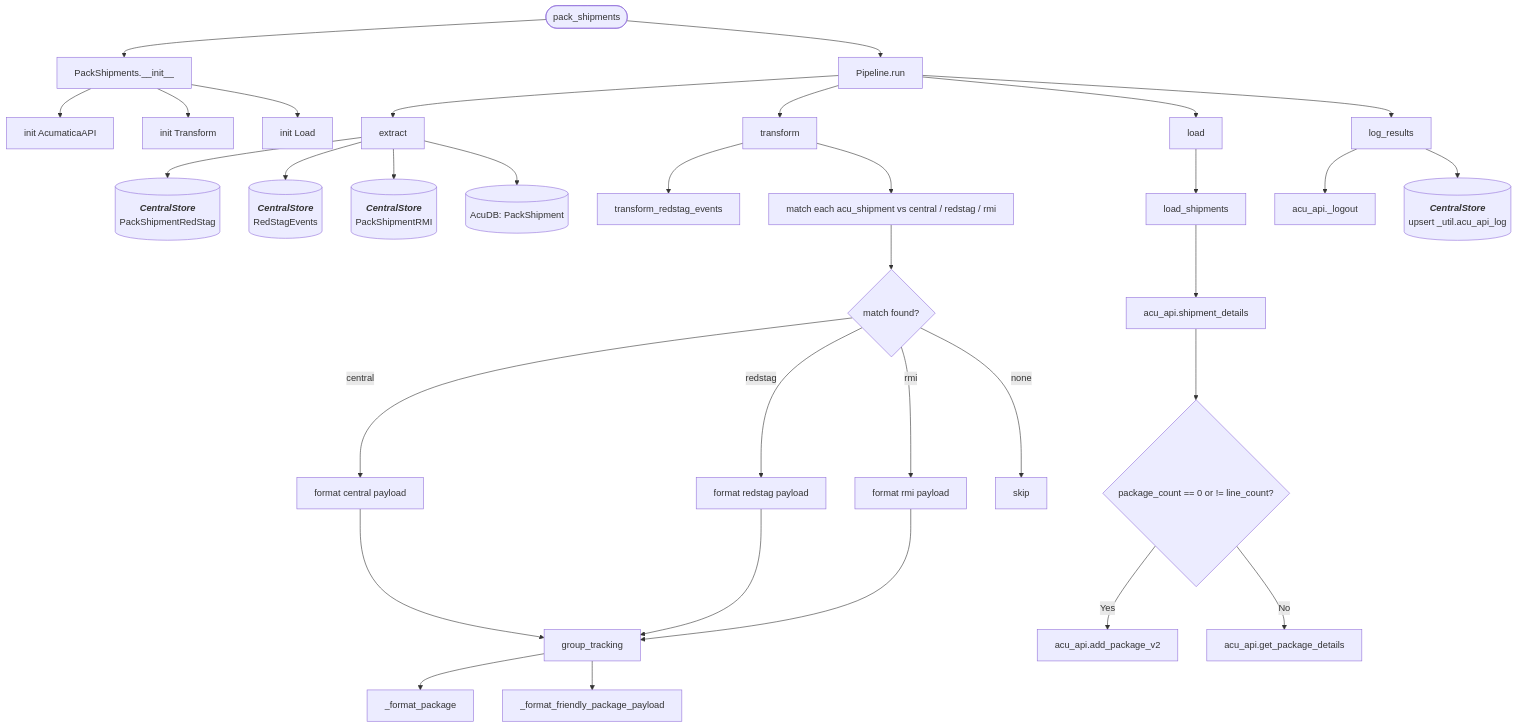
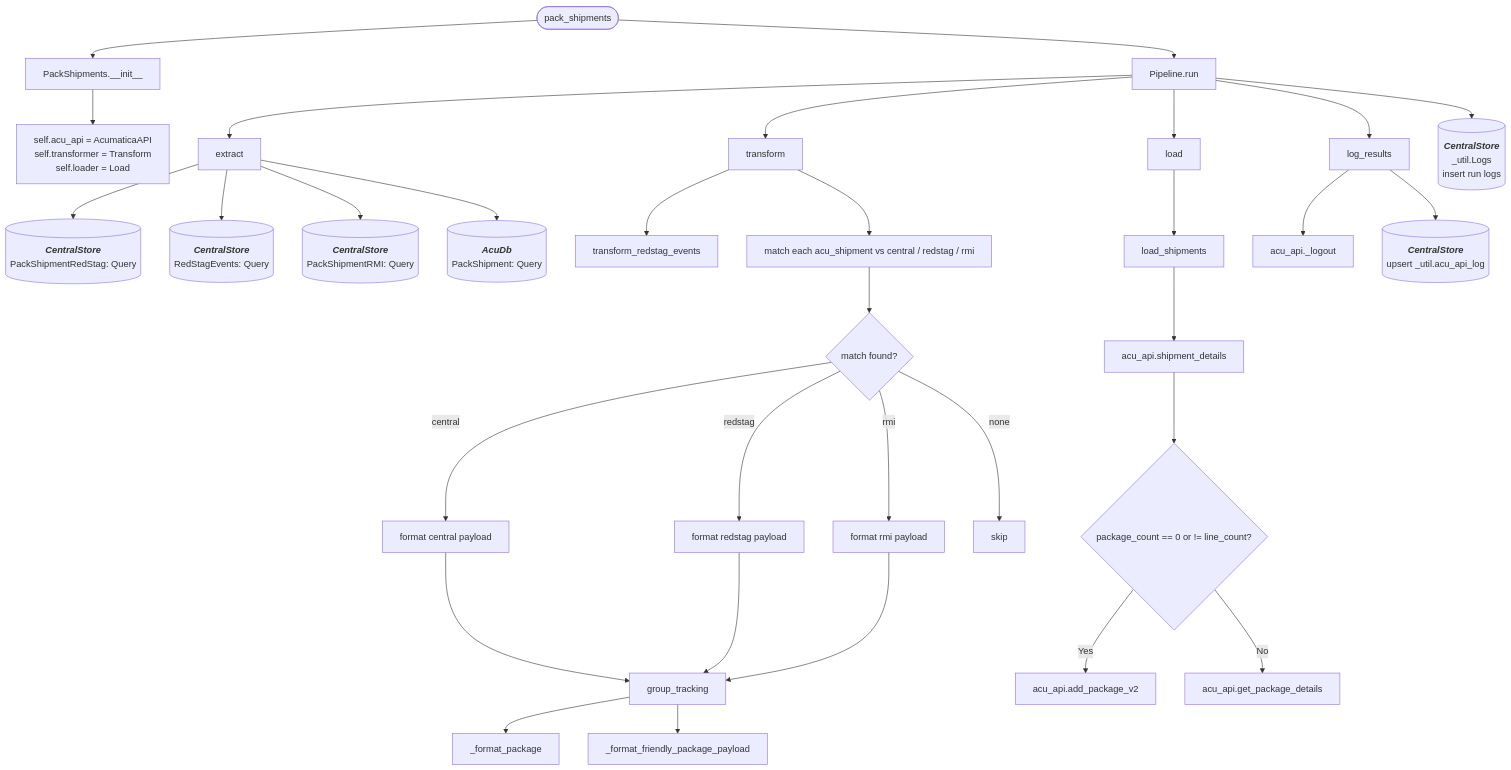
The diagram in docs/pipelines/pack_shipments.md (journeyhl/integration-platform), drawn with Mermaid before and after one commit. The commit also changed 25 other files, not shown here.

````diff
--- a/docs/pipelines/pack_shipments.md
+++ b/docs/pipelines/pack_shipments.md
@@ -1,50 +1,59 @@
 ```mermaid
 %%{init: {"flowchart": {"wrappingWidth": 400}}}%%
 flowchart TD
     A([pack_shipments]) --> B[PackShipments.__init__]
-    B --> B1[init AcumaticaAPI]
-    B --> B2[init Transform]
-    B --> B3[init Load]
+    B --> B1[
+        self.acu_api = AcumaticaAPI
+        self.transformer = Transform
+        self.loader = Load
+    ]
     A --> RUN[Pipeline.run]
 
     RUN --> EX[extract]
     EX --> D1[(
         <b><i>CentralStore</i></b>
-        PackShipmentRedStag
+        PackShipmentRedStag: Query
     )]
     EX --> D2[(
         <b><i>CentralStore</i></b>
-        RedStagEvents
+        RedStagEvents: Query
     )]
     EX --> D3[(
         <b><i>CentralStore</i></b>
-        PackShipmentRMI
+        PackShipmentRMI: Query
     )]
-    EX --> D4[(AcuDB: PackShipment)]
+    EX --> D4[(
+        <b><i>AcuDb</i></b>
+        PackShipment: Query
+    )]
 
     RUN --> TR[transform]
     TR --> T1[transform_redstag_events]
     TR --> T2[match each acu_shipment vs central / redstag / rmi]
     T2 --> MATCH{match found?}
     MATCH -->|central| M1[format central payload]
     MATCH -->|redstag| M2[format redstag payload]
     MATCH -->|rmi| M3[format rmi payload]
     MATCH -->|none| SKIP[skip]
     M1 & M2 & M3 --> GT[group_tracking]
     GT --> FP[_format_package]
     GT --> FFP[_format_friendly_package_payload]
 
     RUN --> LD[load]
     LD --> LS[load_shipments]
     LS --> SD[acu_api.shipment_details]
     SD --> PKG{package_count == 0 or != line_count?}
     PKG -->|Yes| AP[acu_api.add_package_v2]
     PKG -->|No| GP[acu_api.get_package_details]
 
     RUN --> LR[log_results]
     LR --> LO[acu_api._logout]
     LR --> UPS[(
         <b><i>CentralStore</i></b>
         upsert _util.acu_api_log
     )]
+    RUN --> LOGS[(
+        <b><i>CentralStore</i></b>
+        _util.Logs<br/>insert run logs
+    )]
 ```
````
